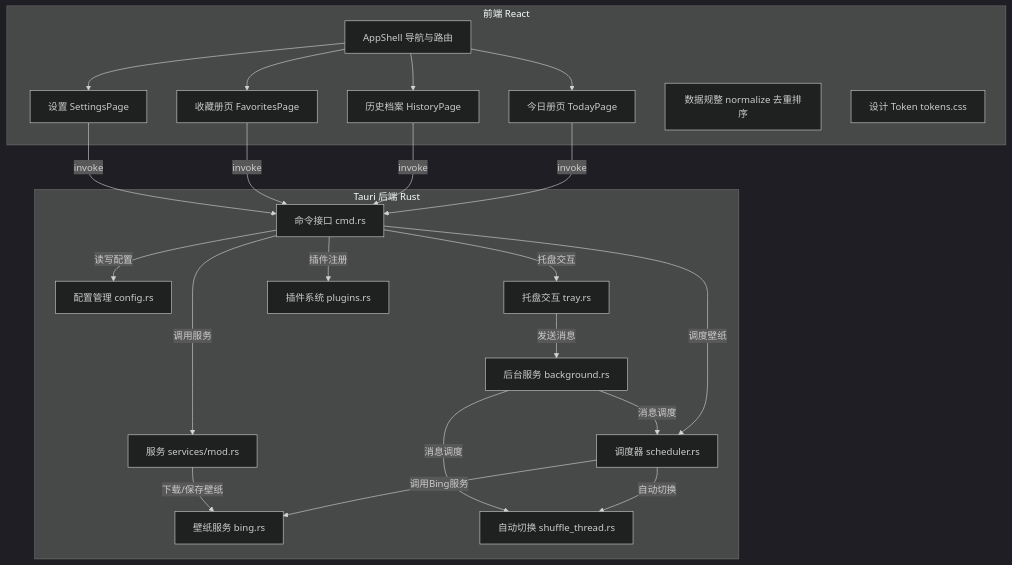
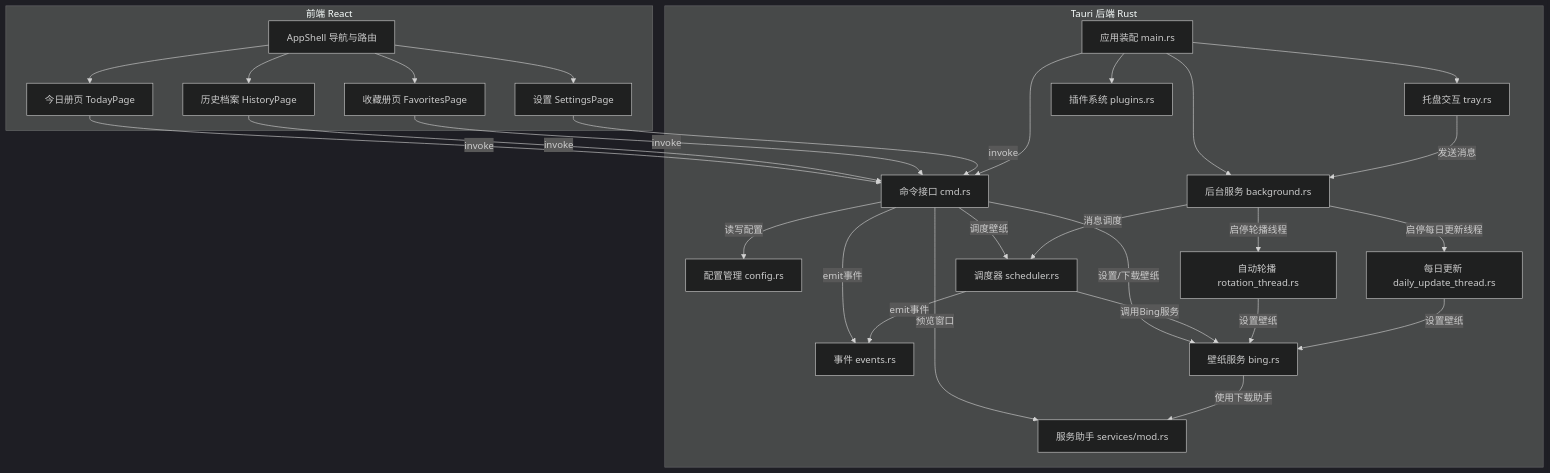
One commit to zhanglun/pavo changed the diagram in docs/architecture.md. Above: the diagram before and after it, drawn with Mermaid (dark theme). The commit also changed other lines of this file and 4 other files, not shown here.

````diff
--- a/docs/architecture.md
+++ b/docs/architecture.md
@@ -13,42 +13,50 @@
 ```mermaid
 graph TD
   subgraph 前端 React
     APP[AppShell 导航与路由]
     TODAY[今日册页 TodayPage]
     HISTORY[历史档案 HistoryPage]
     FAV[收藏册页 FavoritesPage]
     SETTINGS[设置 SettingsPage]
-    NORM[数据规整 normalize 去重排序]
-    TPL[设计 Token tokens.css]
   end
   subgraph Tauri 后端 Rust
+    MAIN[应用装配 main.rs]
     CMD[命令接口 cmd.rs]
     CONF[配置管理 config.rs]
     SCHED[调度器 scheduler.rs]
     BG[后台服务 background.rs]
+    ROT[自动轮播 rotation_thread.rs]
+    DAILY[每日更新 daily_update_thread.rs]
+    EVT[事件 events.rs]
     TRAY[托盘交互 tray.rs]
     PLUG[插件系统 plugins.rs]
-    SVCS[服务 services/mod.rs]
+    SVCS[服务助手 services/mod.rs]
     BING[壁纸服务 bing.rs]
-    SHUFFLE[自动切换 shuffle_thread.rs]
   end
   APP-->TODAY
   APP-->HISTORY
   APP-->FAV
   APP-->SETTINGS
   TODAY--invoke-->CMD
   HISTORY--invoke-->CMD
   FAV--invoke-->CMD
   SETTINGS--invoke-->CMD
+  MAIN-->CMD
+  MAIN-->PLUG
+  MAIN-->TRAY
+  MAIN-->BG
   CMD--读写配置-->CONF
   CMD--调度壁纸-->SCHED
-  CMD--调用服务-->SVCS
-  CMD--托盘交互-->TRAY
-  CMD--插件注册-->PLUG
+  CMD--设置/下载壁纸-->BING
+  CMD--预览窗口-->SVCS
+  CMD--emit事件-->EVT
+  SCHED--emit事件-->EVT
+  TRAY--发送消息-->BG
+  BG--消息调度-->SCHED
+  BG--启停轮播线程-->ROT
+  BG--启停每日更新线程-->DAILY
   SCHED--调用Bing服务-->BING
-  SCHED--自动切换-->SHUFFLE
-  BG--消息调度-->SCHED
-  BG--消息调度-->SHUFFLE
-  SVCS--下载/保存壁纸-->BING
-  TRAY--发送消息-->BG
+  ROT--设置壁纸-->BING
+  DAILY--设置壁纸-->BING
+  BING--使用下载助手-->SVCS
 ```
````
